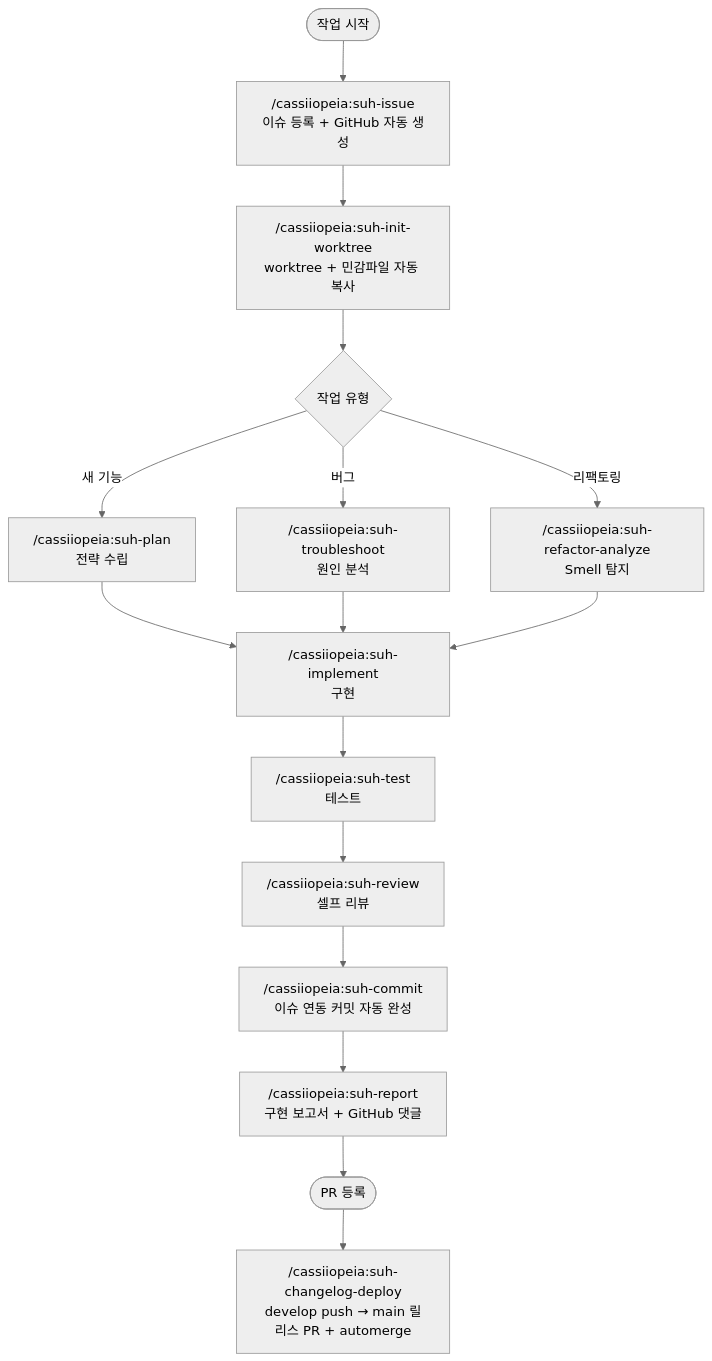
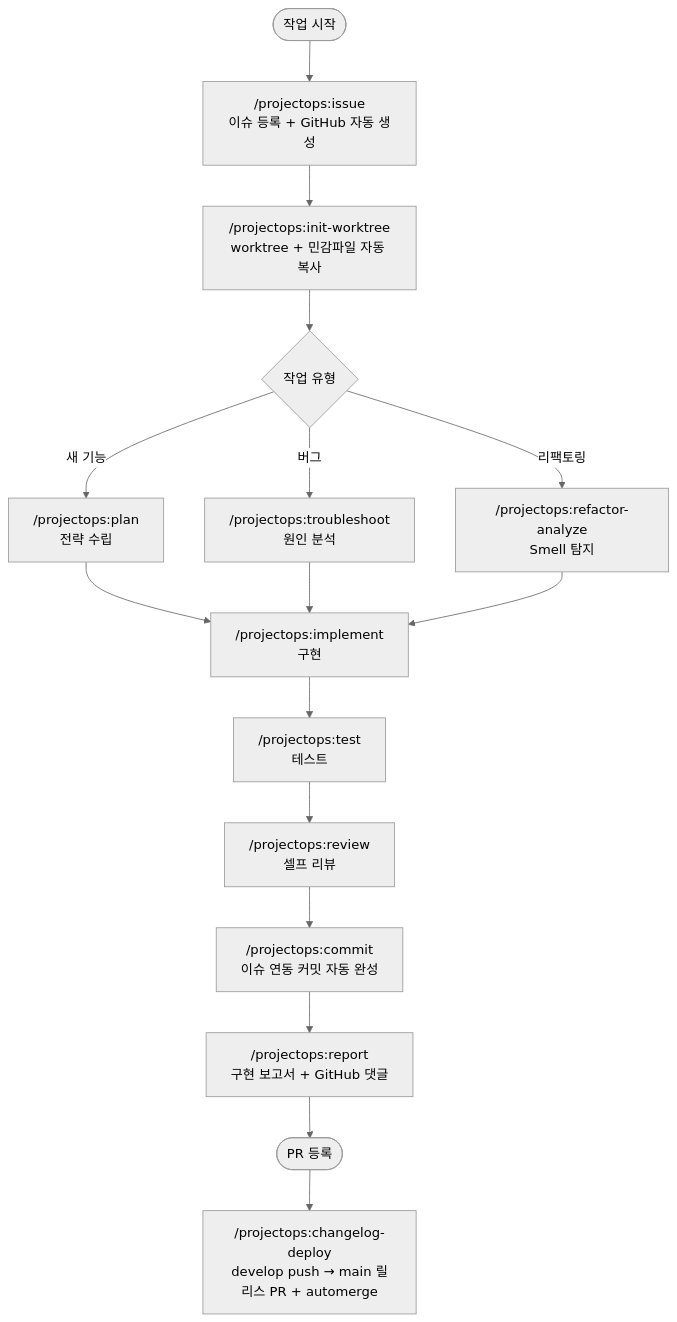
One commit to Cassiiopeia/SUH-DEVOPS-TEMPLATE changed the first of 2 diagrams in README.md. Above: the diagram before and after it, drawn with Mermaid (neutral theme). The commit also changed other lines of this file and 171 other files, not shown here.

````diff
--- a/README.md
+++ b/README.md
@@ -41,20 +41,20 @@
 ```mermaid
 flowchart TD
-    A([작업 시작]) --> B["/cassiiopeia:suh-issue\n이슈 등록 + GitHub 자동 생성"]
-    B --> C["/cassiiopeia:suh-init-worktree\nworktree + 민감파일 자동 복사"]
+    A([작업 시작]) --> B["/projectops:issue\n이슈 등록 + GitHub 자동 생성"]
+    B --> C["/projectops:init-worktree\nworktree + 민감파일 자동 복사"]
     C --> D{작업 유형}
 
-    D -->|새 기능| E1["/cassiiopeia:suh-plan\n전략 수립"]
-    D -->|버그| E2["/cassiiopeia:suh-troubleshoot\n원인 분석"]
-    D -->|리팩토링| E3["/cassiiopeia:suh-refactor-analyze\nSmell 탐지"]
+    D -->|새 기능| E1["/projectops:plan\n전략 수립"]
+    D -->|버그| E2["/projectops:troubleshoot\n원인 분석"]
+    D -->|리팩토링| E3["/projectops:refactor-analyze\nSmell 탐지"]
 
-    E1 --> F["/cassiiopeia:suh-implement\n구현"]
+    E1 --> F["/projectops:implement\n구현"]
     E2 --> F
     E3 --> F
-    F --> G["/cassiiopeia:suh-test\n테스트"]
-    G --> H["/cassiiopeia:suh-review\n셀프 리뷰"]
-    H --> I["/cassiiopeia:suh-commit\n이슈 연동 커밋 자동 완성"]
-    I --> J["/cassiiopeia:suh-report\n구현 보고서 + GitHub 댓글"]
+    F --> G["/projectops:test\n테스트"]
+    G --> H["/projectops:review\n셀프 리뷰"]
+    H --> I["/projectops:commit\n이슈 연동 커밋 자동 완성"]
+    I --> J["/projectops:report\n구현 보고서 + GitHub 댓글"]
     J --> K([PR 등록])
-    K --> L["/cassiiopeia:suh-changelog-deploy\ndevelop push → main 릴리스 PR + automerge"]
+    K --> L["/projectops:changelog-deploy\ndevelop push → main 릴리스 PR + automerge"]
 ```
````
